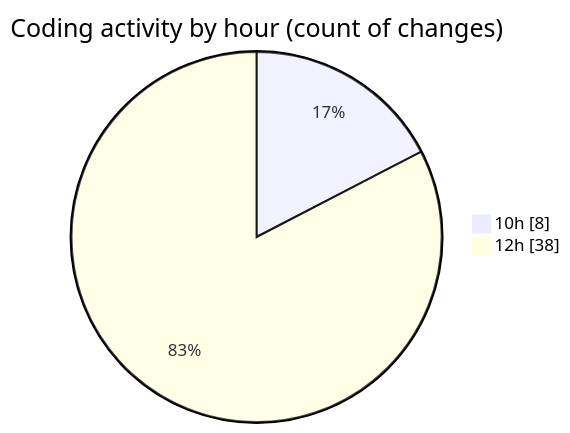
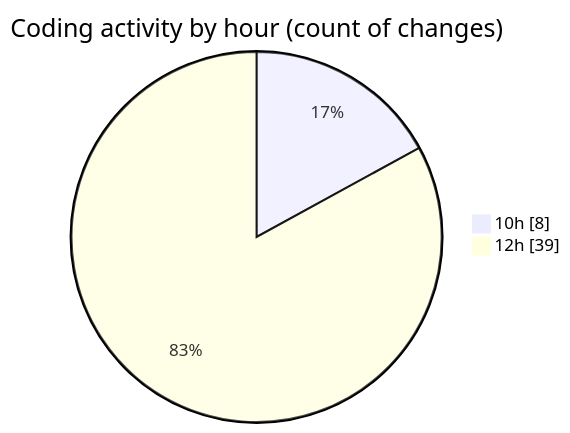
The second of 2 diagrams in 2025-05-02/cda/README.md (momahboobian/code-tracking), drawn with Mermaid before and after one commit. The commit also changed other lines of this file and 1 other file, not shown here.

````diff
--- a/2025-05-02/cda/README.md
+++ b/2025-05-02/cda/README.md
@@ -36,6 +38,6 @@
 ```mermaid
 pie showData
 title Coding activity by hour (count of changes)
 "10h" : 8
-"12h" : 38
+"12h" : 39
 ```
````
